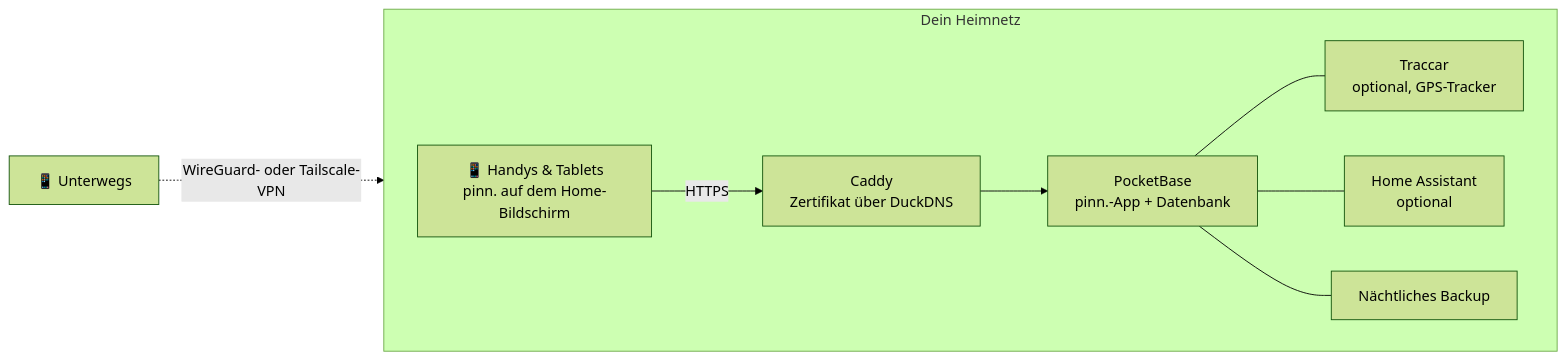
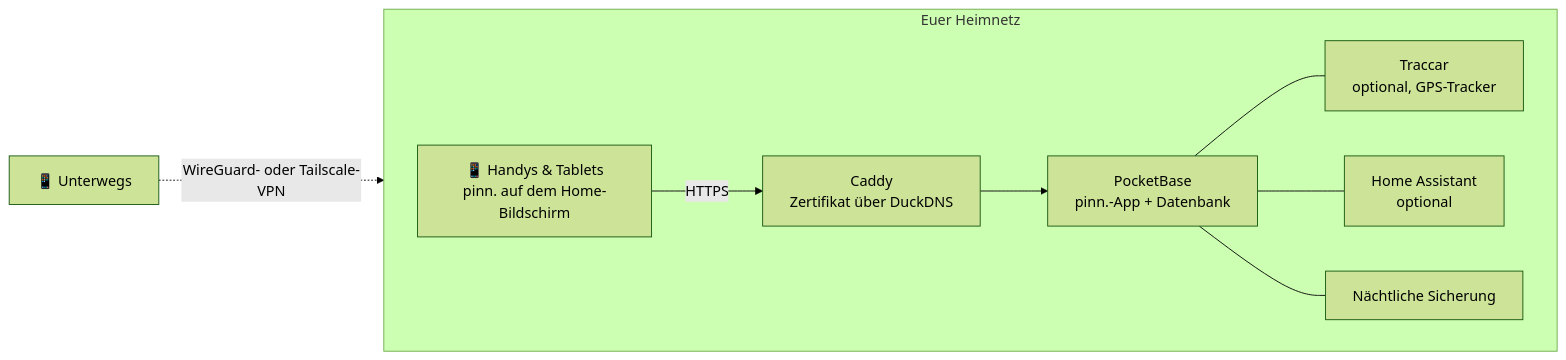
Before and after one commit to pinn-shost/pinn: the diagram in README.de.md, drawn with Mermaid (forest theme). The commit also changed other lines of this file and 18 other files, not shown here.

````diff
--- a/README.de.md
+++ b/README.de.md
@@ -114,12 +117,12 @@
 ```mermaid
 flowchart LR
-  subgraph Home["Dein Heimnetz"]
+  subgraph Home["Euer Heimnetz"]
     direction LR
     P["📱 Handys & Tablets<br/>pinn. auf dem Home-Bildschirm"] -->|HTTPS| C["Caddy<br/>Zertifikat über DuckDNS"]
     C --> PB["PocketBase<br/>pinn.-App + Datenbank"]
     PB --- T["Traccar<br/>optional, GPS-Tracker"]
     PB --- HA["Home Assistant<br/>optional"]
-    PB --- B["Nächtliches Backup"]
+    PB --- B["Nächtliche Sicherung"]
   end
   R["📱 Unterwegs"] -.->|"WireGuard- oder Tailscale-VPN"| C
 ```
````
